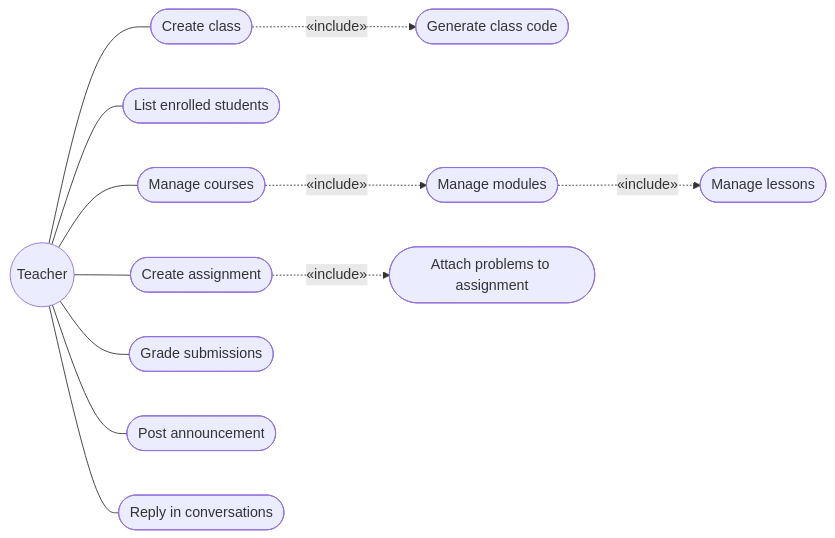
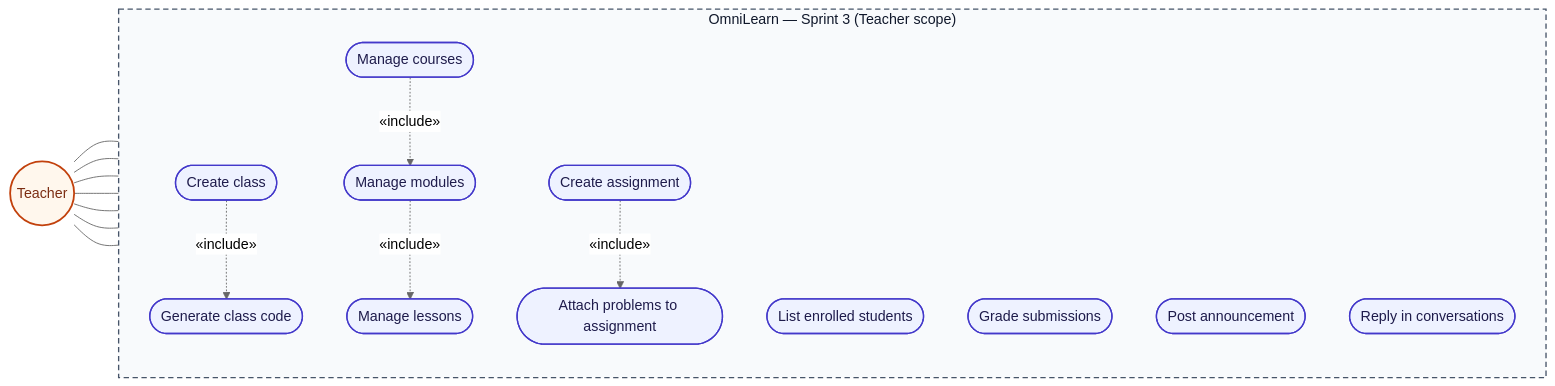
Before and after one commit to MaizaAymen/OmniLearn: the second of 9 diagrams in docs/07_chapitre5_sprint3.md, drawn with Mermaid. The commit also changed other lines of this file and 3 other files, not shown here.

````diff
--- a/docs/07_chapitre5_sprint3.md
+++ b/docs/07_chapitre5_sprint3.md
@@ -96,27 +106,37 @@
 ```mermaid
+%%{init: {"theme":"neutral"} }%%
 flowchart LR
-  Teacher((Teacher))
-  CreateClass(["Create class"])
-  Code(["Generate class code"])
-  Members(["List enrolled students"])
-  CRUDCourse(["Manage courses"])
-  CRUDModule(["Manage modules"])
-  CRUDLesson(["Manage lessons"])
-  CreateAss(["Create assignment"])
-  AttachP(["Attach problems to assignment"])
-  Grade(["Grade submissions"])
-  PostAnn(["Post announcement"])
-  Reply(["Reply in conversations"])
+  classDef actor fill:#fff7ed,stroke:#c2410c,stroke-width:2px,color:#7c2d12
+  classDef uc    fill:#eef2ff,stroke:#4338ca,stroke-width:1.5px,color:#1e1b4b
+  classDef sys   fill:#f8fafc,stroke:#475569,stroke-width:1.5px,stroke-dasharray:6 4,color:#0f172a
+
+  Teacher((Teacher)):::actor
+
+  subgraph S["OmniLearn — Sprint 3 (Teacher scope)"]
+    direction TB
+    CreateClass(["Create class"]):::uc
+    Code(["Generate class code"]):::uc
+    Members(["List enrolled students"]):::uc
+    CRUDCourse(["Manage courses"]):::uc
+    CRUDModule(["Manage modules"]):::uc
+    CRUDLesson(["Manage lessons"]):::uc
+    CreateAss(["Create assignment"]):::uc
+    AttachP(["Attach problems to assignment"]):::uc
+    Grade(["Grade submissions"]):::uc
+    PostAnn(["Post announcement"]):::uc
+    Reply(["Reply in conversations"]):::uc
+  end
+  class S sys
 
   Teacher --- CreateClass
   Teacher --- Members
   Teacher --- CRUDCourse
   Teacher --- CreateAss
   Teacher --- Grade
   Teacher --- PostAnn
   Teacher --- Reply
-  CreateClass -. "&laquo;include&raquo;" .-> Code
-  CRUDCourse  -. "&laquo;include&raquo;" .-> CRUDModule
-  CRUDModule  -. "&laquo;include&raquo;" .-> CRUDLesson
-  CreateAss   -. "&laquo;include&raquo;" .-> AttachP
+  CreateClass -. "«include»" .-> Code
+  CRUDCourse  -. "«include»" .-> CRUDModule
+  CRUDModule  -. "«include»" .-> CRUDLesson
+  CreateAss   -. "«include»" .-> AttachP
 ```
````
